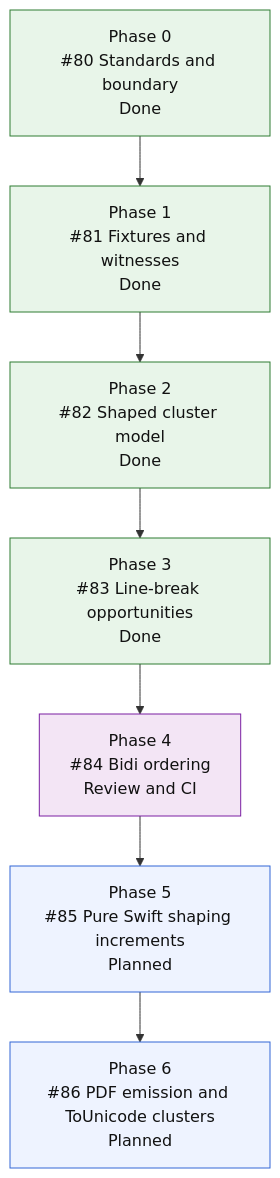
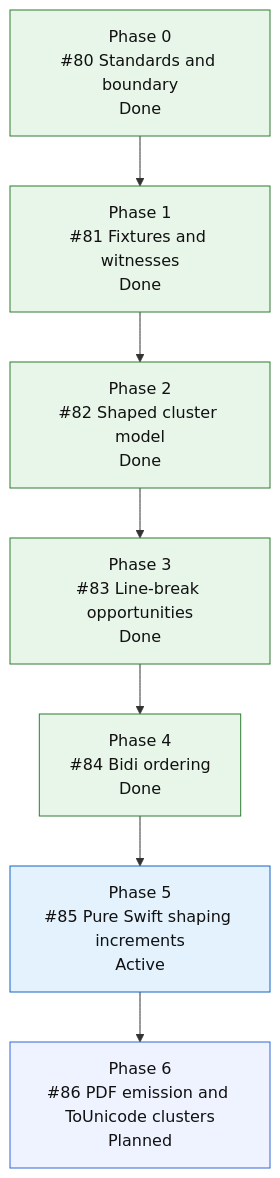
The fourth of 4 diagrams in README.md (mihaelamj/MarkdownPDF), drawn with Mermaid before and after one commit. The commit also changed 1 other file, not shown here.

Commit message:
docs(roadmap): start shaping issue

````diff
--- a/README.md
+++ b/README.md
@@ -300,21 +300,21 @@
 ```mermaid
 flowchart TD
     S0["Phase 0<br/>#80 Standards and boundary<br/>Done"]
     S1["Phase 1<br/>#81 Fixtures and witnesses<br/>Done"]
     S2["Phase 2<br/>#82 Shaped cluster model<br/>Done"]
     S3["Phase 3<br/>#83 Line-break opportunities<br/>Done"]
-    S4["Phase 4<br/>#84 Bidi ordering<br/>Review and CI"]
-    S5["Phase 5<br/>#85 Pure Swift shaping increments<br/>Planned"]
+    S4["Phase 4<br/>#84 Bidi ordering<br/>Done"]
+    S5["Phase 5<br/>#85 Pure Swift shaping increments<br/>Active"]
     S6["Phase 6<br/>#86 PDF emission and ToUnicode clusters<br/>Planned"]
 
     S0 --> S1 --> S2 --> S3 --> S4 --> S5 --> S6
 
     classDef done fill:#e8f5e9,stroke:#2e7d32,color:#111;
     classDef active fill:#e3f2fd,stroke:#1565c0,color:#111;
     classDef review fill:#f3e5f5,stroke:#7b1fa2,color:#111;
     classDef next fill:#fff8e1,stroke:#f9a825,color:#111;
     classDef todo fill:#eef3ff,stroke:#3367d6,color:#111;
-    class S0,S1,S2,S3 done;
-    class S4 review;
-    class S5,S6 todo;
+    class S0,S1,S2,S3,S4 done;
+    class S5 active;
+    class S6 todo;
 ```
````
